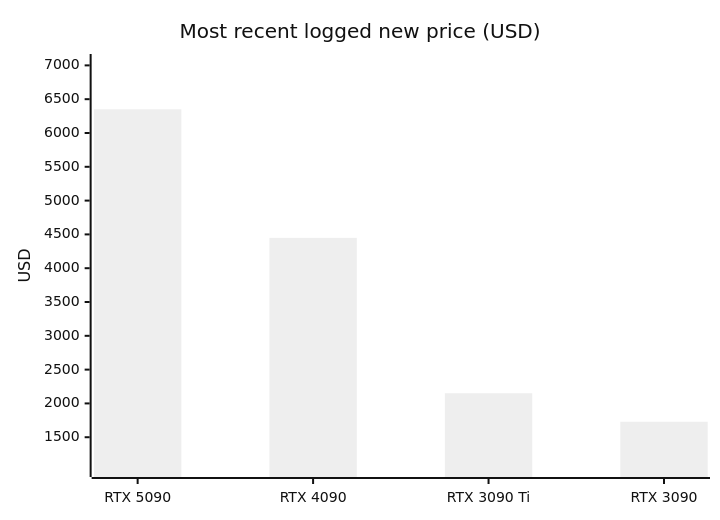
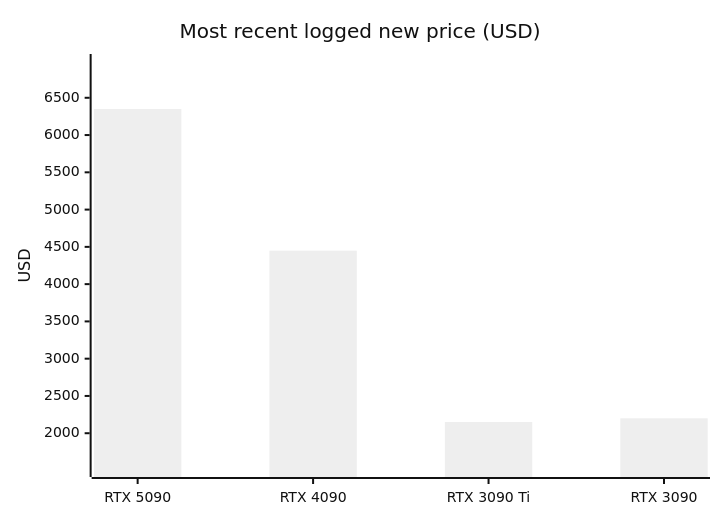
Before and after one commit to 7324136828/4tb_ssd_price_watch: the fifth of 18 diagrams in README.md, drawn with Mermaid (neutral theme). The commit also changed other lines of this file, not shown here.

````diff
--- a/README.md
+++ b/README.md
@@ -905,7 +934,7 @@
 ```mermaid
 xychart-beta
     title "Most recent logged new price (USD)"
     x-axis ["RTX 5090", "RTX 4090", "RTX 3090 Ti", "RTX 3090"]
-    y-axis "USD" 1030 --> 7050
-    bar [6349.99, 4449.00, 2150.00, 1729.00]
+    y-axis "USD" 1520 --> 6980
+    bar [6349.99, 4449.00, 2150.00, 2200.00]
 ```
````
